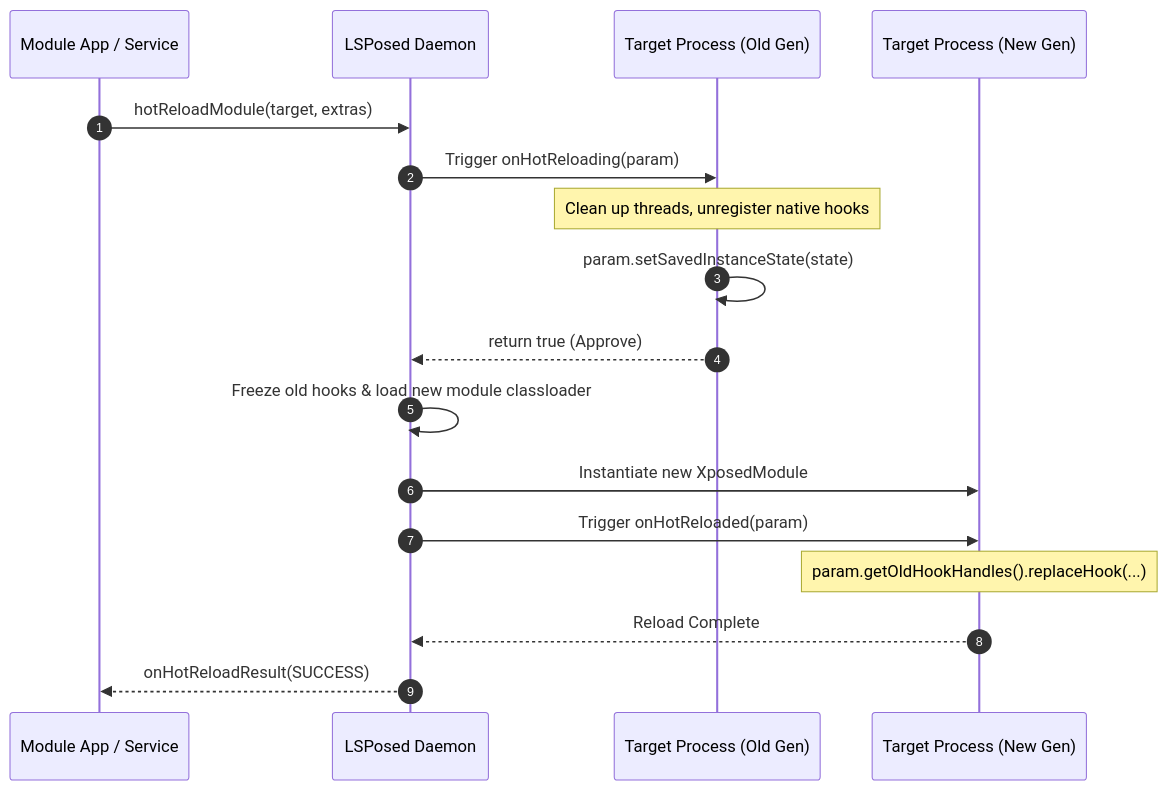
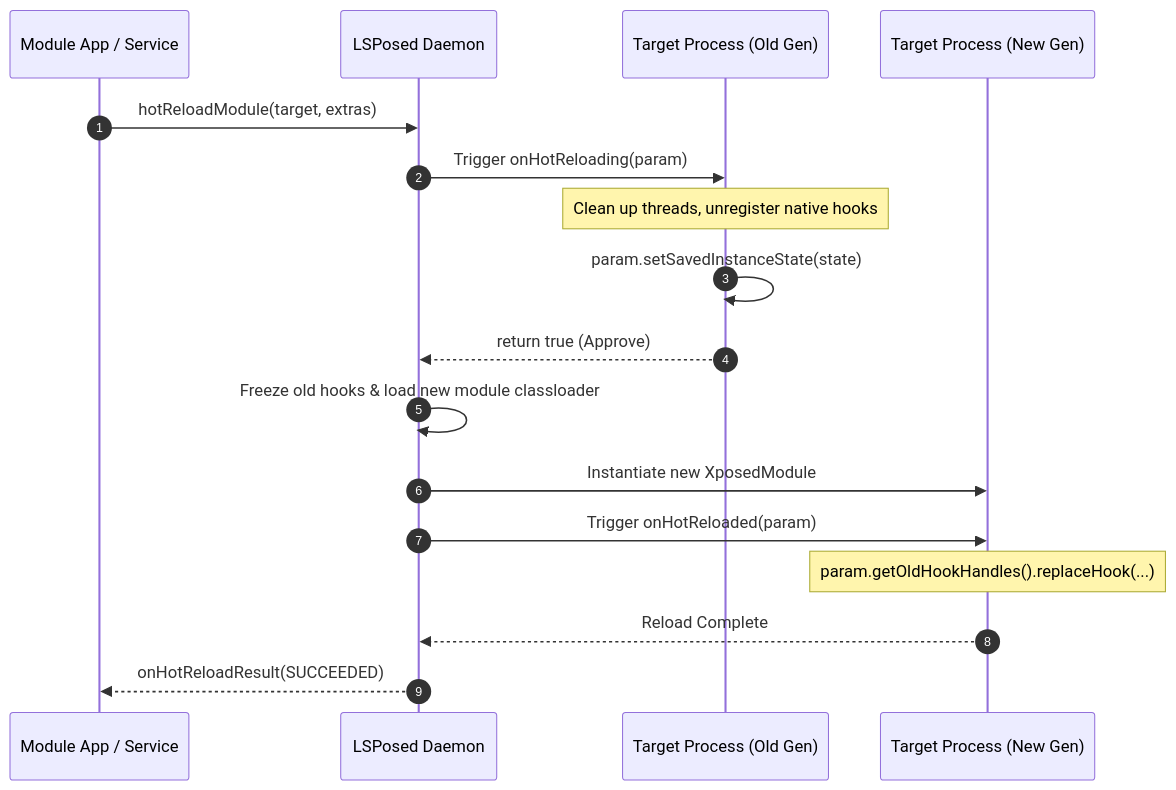
The second of 2 diagrams in references/hot_reloading_and_lifecycle.md (s1ddhants1/lsposed-libxposed), drawn with Mermaid before and after one commit. The commit also changed other lines of this file and 6 other files, not shown here.

````diff
--- a/references/hot_reloading_and_lifecycle.md
+++ b/references/hot_reloading_and_lifecycle.md
@@ -99,20 +109,20 @@
 ```mermaid
 sequenceDiagram
     autonumber
     participant UI as Module App / Service
     participant Daemon as LSPosed Daemon
     participant TargetOld as Target Process (Old Gen)
     participant TargetNew as Target Process (New Gen)
 
     UI->>Daemon: hotReloadModule(target, extras)
     Daemon->>TargetOld: Trigger onHotReloading(param)
     Note over TargetOld: Clean up threads, unregister native hooks
     TargetOld->>TargetOld: param.setSavedInstanceState(state)
     TargetOld-->>Daemon: return true (Approve)
     Daemon->>Daemon: Freeze old hooks & load new module classloader
     Daemon->>TargetNew: Instantiate new XposedModule
     Daemon->>TargetNew: Trigger onHotReloaded(param)
     Note over TargetNew: param.getOldHookHandles().replaceHook(...)
     TargetNew-->>Daemon: Reload Complete
-    Daemon-->>UI: onHotReloadResult(SUCCESS)
+    Daemon-->>UI: onHotReloadResult(SUCCEEDED)
 ```
````
